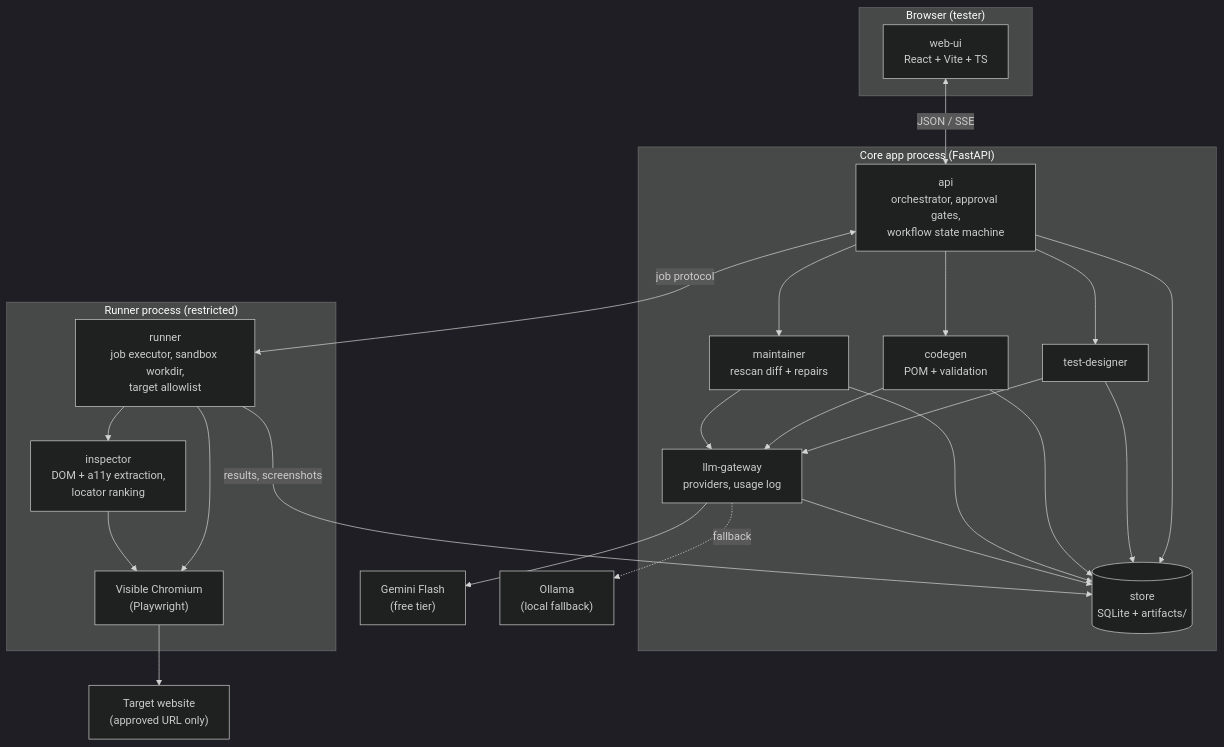
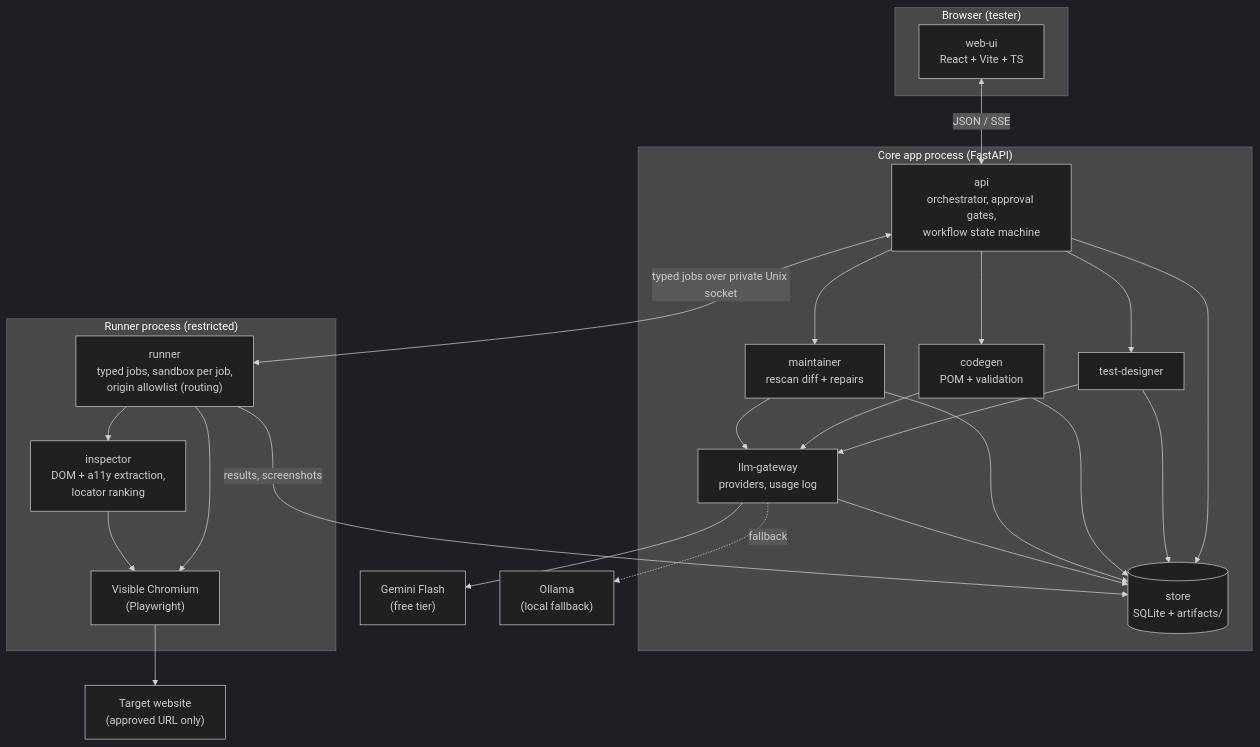
One commit to 3essawyy/GATP changed the first of 3 diagrams in docs/architecture/HLD.md. Above: the diagram before and after it, drawn with Mermaid (dark theme). The commit also changed other lines of this file and 34 other files, not shown here.

````diff
--- a/docs/architecture/HLD.md
+++ b/docs/architecture/HLD.md
@@ -10,38 +10,38 @@
 ```mermaid
 flowchart TB
   subgraph Client["Browser (tester)"]
     UI["web-ui<br/>React + Vite + TS"]
   end
 
   subgraph Core["Core app process (FastAPI)"]
     API["api<br/>orchestrator, approval gates,<br/>workflow state machine"]
     TD["test-designer"]
     CG["codegen<br/>POM + validation"]
     MT["maintainer<br/>rescan diff + repairs"]
     LLM["llm-gateway<br/>providers, usage log"]
     ST[("store<br/>SQLite + artifacts/")]
   end
 
   subgraph Runner["Runner process (restricted)"]
-    RN["runner<br/>job executor, sandbox workdir,<br/>target allowlist"]
+    RN["runner<br/>typed jobs, sandbox per job,<br/>origin allowlist (routing)"]
     INS["inspector<br/>DOM + a11y extraction,<br/>locator ranking"]
     BR["Visible Chromium<br/>(Playwright)"]
   end
 
   GEM["Gemini Flash<br/>(free tier)"]
   OLL["Ollama<br/>(local fallback)"]
   SITE["Target website<br/>(approved URL only)"]
 
   UI <-->|JSON / SSE| API
   API --> TD & CG & MT
   TD & CG & MT --> LLM
   LLM --> GEM
   LLM -.fallback.-> OLL
   API & TD & CG & MT & LLM --> ST
-  API <-->|job protocol| RN
+  API <-->|typed jobs over private Unix socket| RN
   RN --> INS
   RN --> BR
   INS --> BR
   BR --> SITE
   RN -->|results, screenshots| ST
 ```
````
